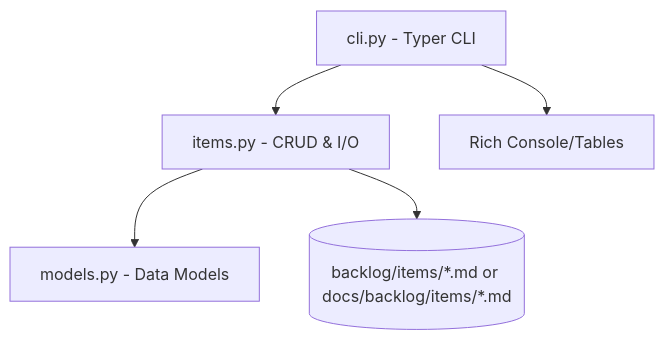
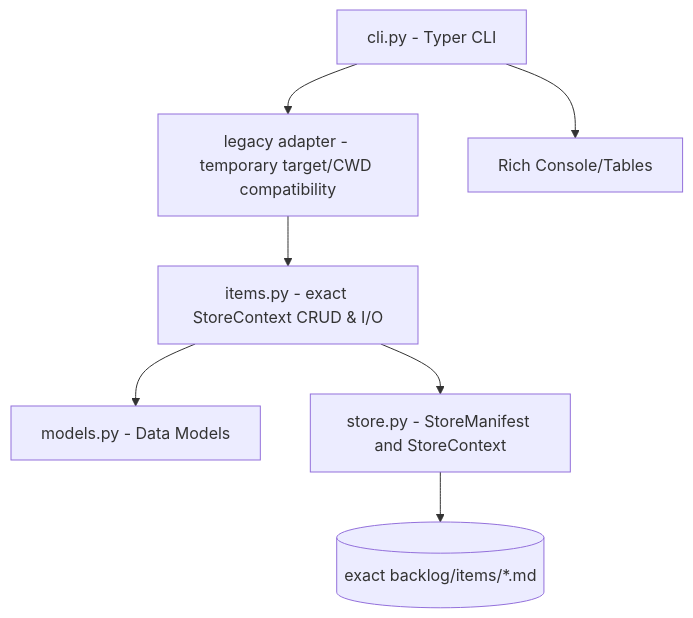
The diagram in docs/ARCHITECTURE.md (Sappanwood/backlog_cli), drawn with Mermaid before and after one commit. The commit also changed other lines of this file and 4 other files, not shown here.

Commit message:
checkpoint: BAC-031 move mutations to StoreContext

````diff
--- a/docs/ARCHITECTURE.md
+++ b/docs/ARCHITECTURE.md
@@ -7,7 +7,9 @@
 ```mermaid
 flowchart TD
-    CLI[cli.py - Typer CLI] --> Items[items.py - CRUD & I/O]
+    CLI[cli.py - Typer CLI] --> Legacy[legacy adapter - temporary target/CWD compatibility]
+    Legacy --> Items[items.py - exact StoreContext CRUD & I/O]
     Items --> Models[models.py - Data Models]
-    Items --> FS[(backlog/items/*.md or docs/backlog/items/*.md)]
+    Items --> Store[store.py - StoreManifest and StoreContext]
+    Store --> FS[(exact backlog/items/*.md)]
     CLI --> Rich[Rich Console/Tables]
 ```
````
